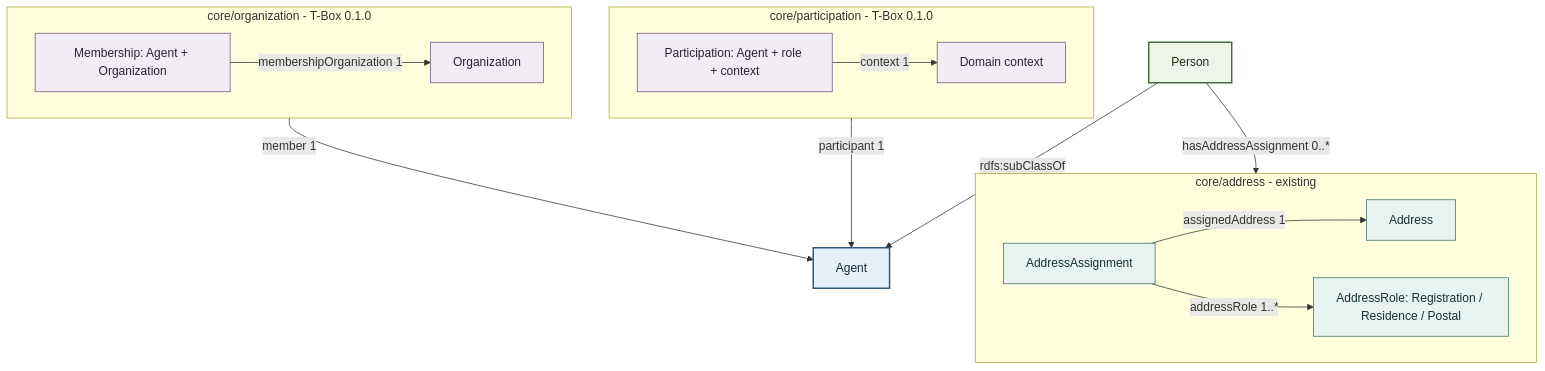
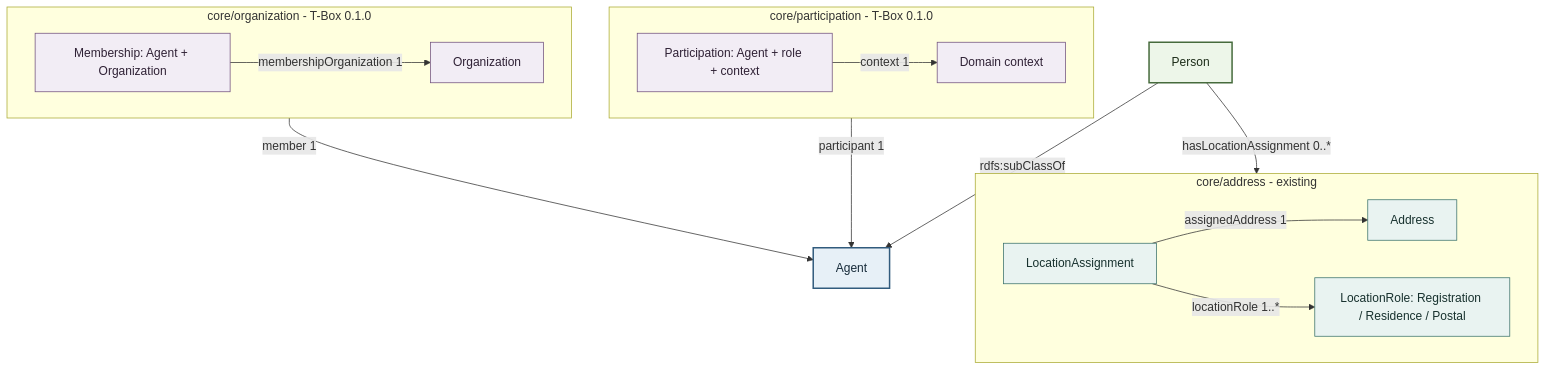
Before and after one commit to project-construct-x/constructx-ontologies: the third of 3 diagrams in modules/core/person/docs/diagrams/person-concept-model.md, drawn with Mermaid. The commit also changed other lines of this file and 97 other files, not shown here.

Commit message:
feat(core): migrate Address and Contact to location assignments

````diff
--- a/modules/core/person/docs/diagrams/person-concept-model.md
+++ b/modules/core/person/docs/diagrams/person-concept-model.md
@@ -117,47 +117,47 @@
 ```mermaid
 flowchart TB
     Agent["Agent"]
     Person["Person"]
 
     Person -->|"rdfs:subClassOf"| Agent
 
     subgraph ADDRESS["core/address - existing"]
         direction LR
-        AddressAssignment["AddressAssignment"]
+        LocationAssignment["LocationAssignment"]
         Address["Address"]
-        AddressRole["AddressRole: Registration / Residence / Postal"]
+        LocationRole["LocationRole: Registration / Residence / Postal"]
 
-        AddressAssignment -->|"assignedAddress 1"| Address
-        AddressAssignment -->|"addressRole 1..*"| AddressRole
+        LocationAssignment -->|"assignedAddress 1"| Address
+        LocationAssignment -->|"locationRole 1..*"| LocationRole
     end
 
     subgraph ORGANIZATION["core/organization - T-Box 0.1.0"]
         direction LR
         Membership["Membership: Agent + Organization"]
         Organization["Organization"]
 
         Membership -->|"membershipOrganization 1"| Organization
     end
 
     subgraph PARTICIPATION["core/participation - T-Box 0.1.0"]
         direction LR
         Participation["Participation: Agent + role + context"]
         Context["Domain context"]
 
         Participation -->|"context 1"| Context
     end
 
-    Person -->|"hasAddressAssignment 0..*"| AddressAssignment
+    Person -->|"hasLocationAssignment 0..*"| LocationAssignment
     Membership -->|"member 1"| Agent
     Participation -->|"participant 1"| Agent
 
     classDef agent fill:#e7f0f7,stroke:#315b7d,color:#172b3a,stroke-width:2px;
     classDef person fill:#edf6e9,stroke:#466b3c,color:#1d2d19,stroke-width:2px;
     classDef existing fill:#e9f3f1,stroke:#39706a,color:#17312e;
     classDef related fill:#f2edf5,stroke:#70517d,color:#2f2135;
 
     class Agent agent;
     class Person person;
-    class AddressAssignment,Address,AddressRole existing;
+    class LocationAssignment,Address,LocationRole existing;
     class Membership,Organization,Participation,Context related;
 ```
````
